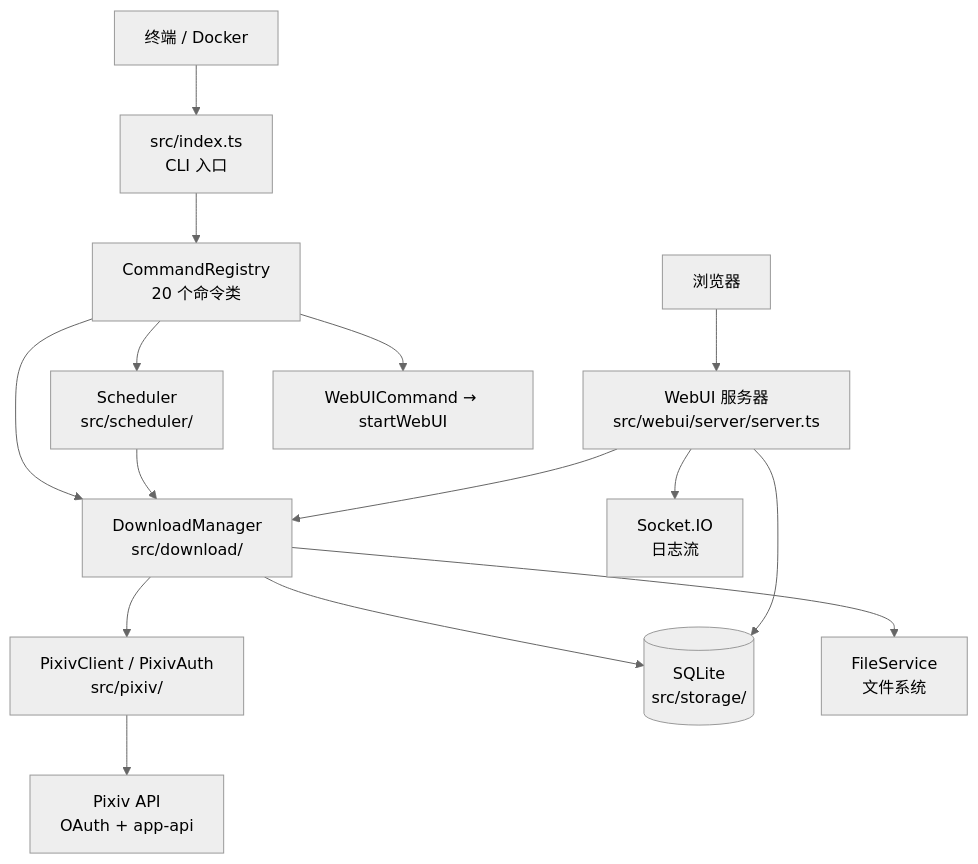
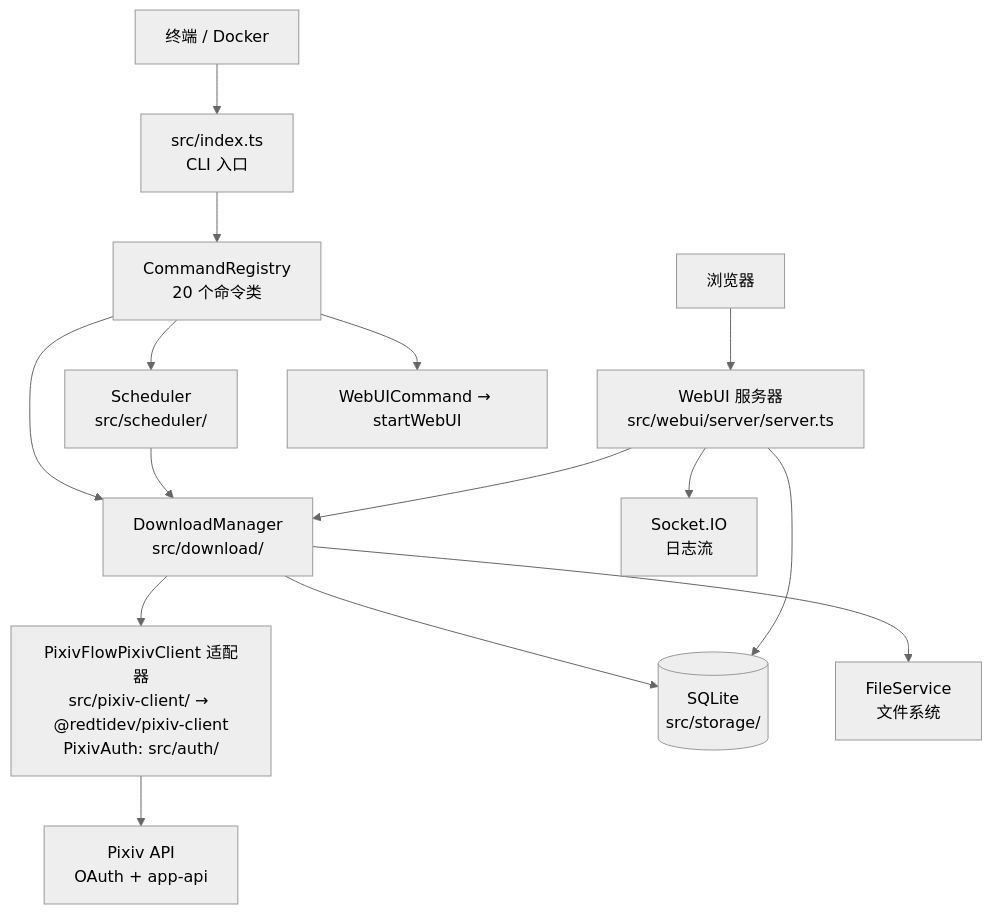
Before and after one commit to redtidev1918/PixivFlow: the diagram in docs/ARCHITECTURE.md, drawn with Mermaid (neutral theme). The commit also changed other lines of this file and 64 other files, not shown here.

````diff
--- a/docs/ARCHITECTURE.md
+++ b/docs/ARCHITECTURE.md
@@ -9,17 +9,17 @@
 ```mermaid
 graph TD
     A[终端 / Docker] --> B["src/index.ts<br/>CLI 入口"]
     A2[浏览器] --> W["WebUI 服务器<br/>src/webui/server/server.ts"]
     B --> C[CommandRegistry<br/>20 个命令类]
     C --> D1[DownloadManager<br/>src/download/]
     C --> D2[Scheduler<br/>src/scheduler/]
     C --> D3["WebUICommand → startWebUI"]
-    D1 --> P[PixivClient / PixivAuth<br/>src/pixiv/]
+    D1 --> P[PixivFlowPixivClient 适配器<br/>src/pixiv-client/ → @redtidev/pixiv-client<br/>PixivAuth: src/auth/]
     D2 --> D1
     W --> D1
     D1 --> S[(SQLite<br/>src/storage/)]
     D1 --> F[FileService<br/>文件系统]
     P --> X[Pixiv API<br/>OAuth + app-api]
     W --> WS[Socket.IO<br/>日志流]
     W --> S
 ```
````
